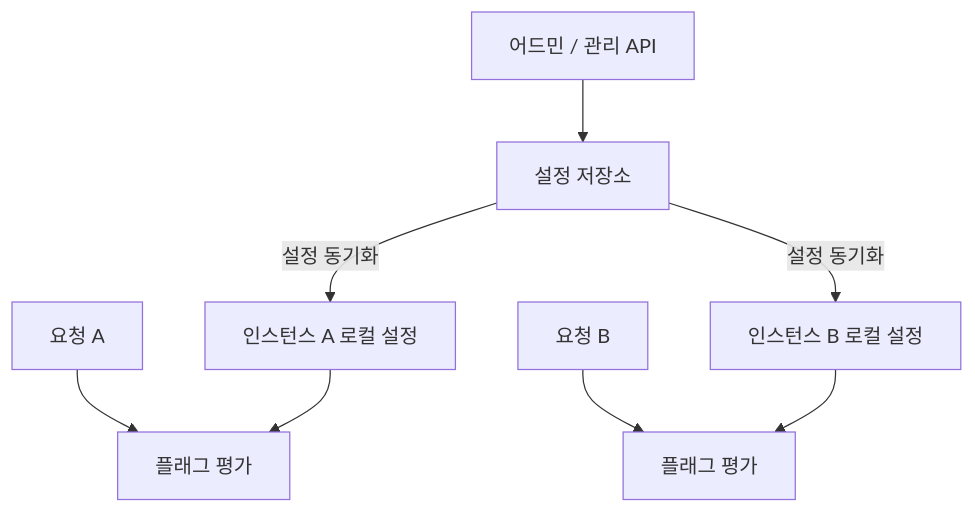
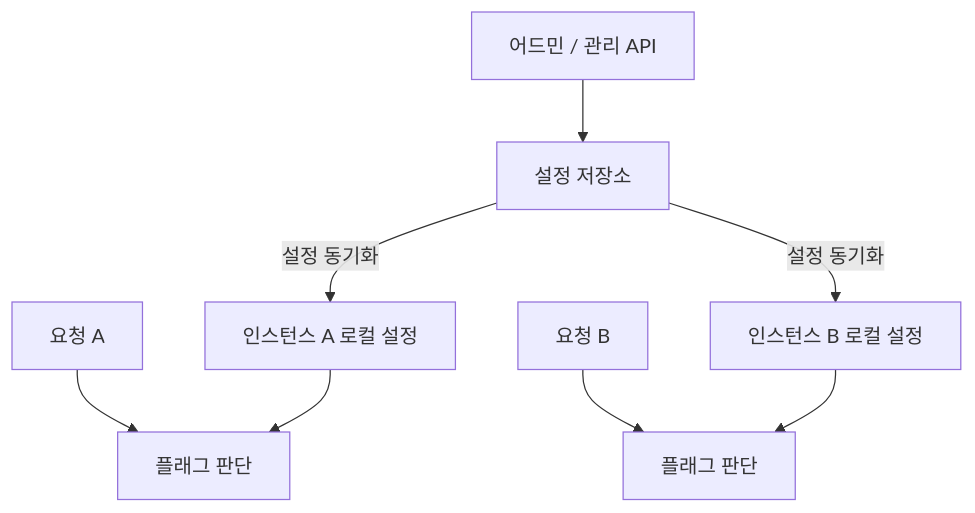
The diagram in _posts/2026-09-17-feature-toggle.md (jw3418/jw3418.github.io), drawn with Mermaid before and after one commit. The commit also changed other lines of this file, not shown here.

````diff
--- a/_posts/2026-09-17-feature-toggle.md
+++ b/_posts/2026-09-17-feature-toggle.md
@@ -79,10 +72,10 @@
 ```mermaid
 flowchart TD
     Admin["어드민 / 관리 API"] --> Store["설정 저장소"]
     Store -->|설정 동기화| CacheA["인스턴스 A 로컬 설정"]
     Store -->|설정 동기화| CacheB["인스턴스 B 로컬 설정"]
-    RequestA["요청 A"] --> EvalA["플래그 평가"]
-    RequestB["요청 B"] --> EvalB["플래그 평가"]
+    RequestA["요청 A"] --> EvalA["플래그 판단"]
+    RequestB["요청 B"] --> EvalB["플래그 판단"]
     CacheA --> EvalA
     CacheB --> EvalB
 ```
````
